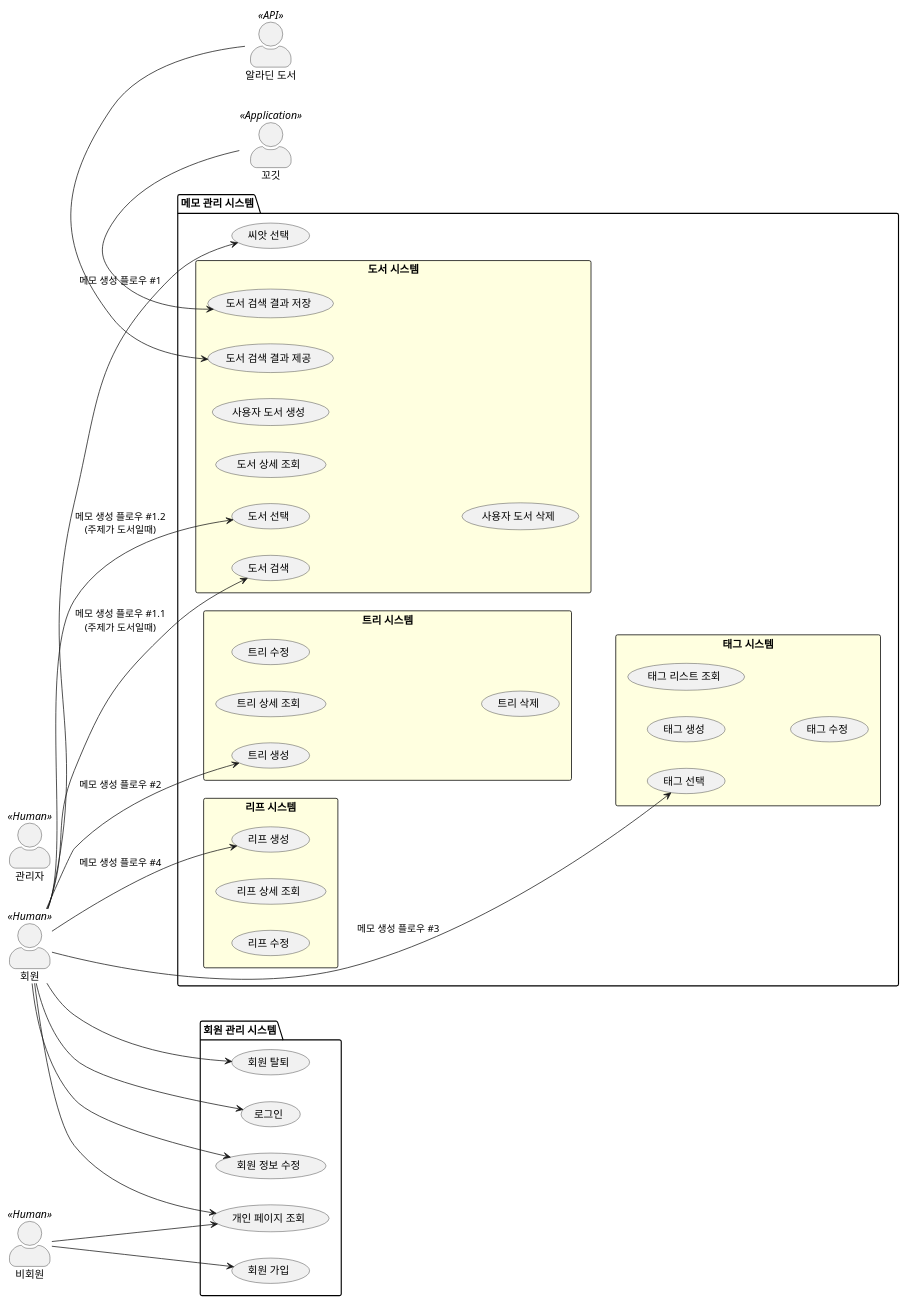
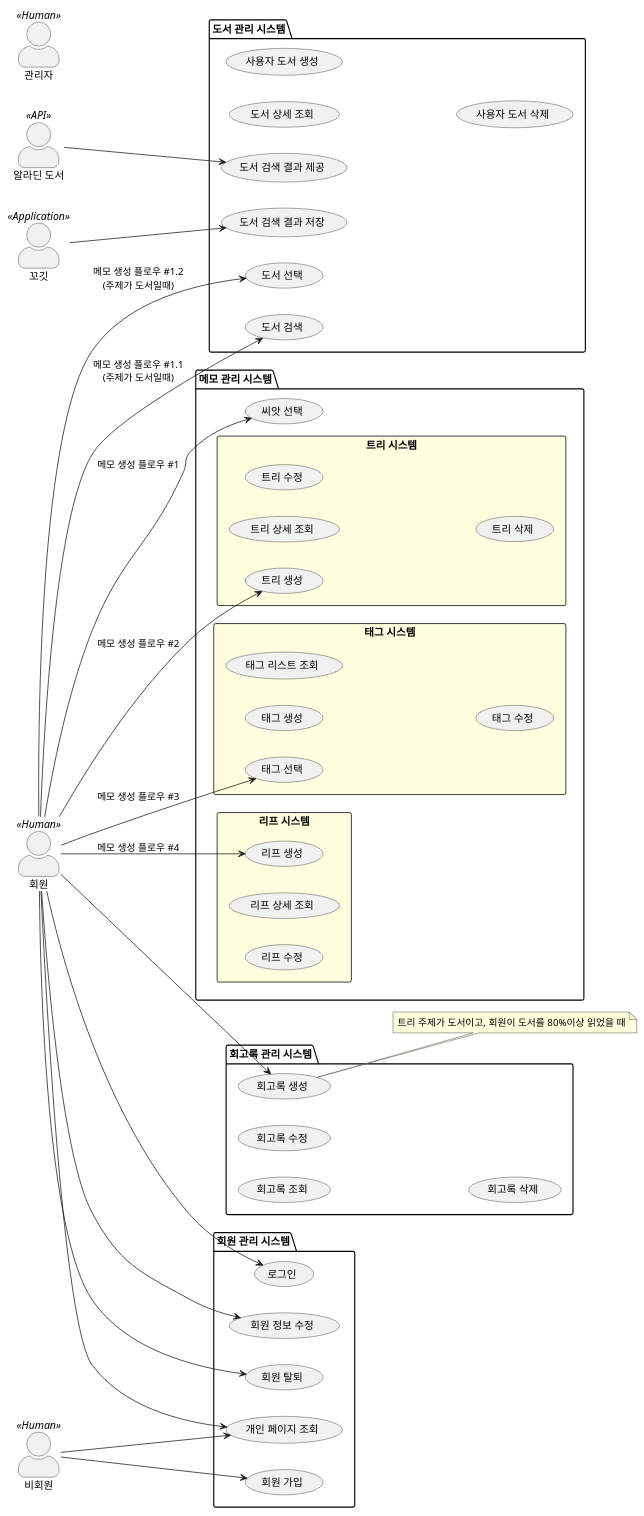
One commit to Jomalang/ggogit changed the diagram in docs/유즈케이스/유즈케이스.md. Above: the diagram before and after it, drawn with PlantUML.

Commit message:
Docs: [문서] #344 유즈케이스 문서 회고록관리 시스템, 도서관리 시스템 추가

````diff
--- a/docs/유즈케이스/유즈케이스.md
+++ b/docs/유즈케이스/유즈케이스.md
@@ -20,18 +20,19 @@
 :알라딘 도서: as aladin <<API>>
 :관리자: as admin <<Human>>
 :꼬깃: as ggogit <<Application>>
-package "메모 관리 시스템" {
-    (씨앗 선택) as pickSeed
-    
-    rectangle "도서 시스템" {
-        (도서 선택) as pickBook
+package "도서 관리 시스템" {
+(도서 선택) as pickBook
         (도서 검색) as searchBook
         (도서 상세 조회) as readBook
         (도서 검색 결과 제공) as provideSearchResult
         (도서 검색 결과 저장) as saveSearchResult
         (사용자 도서 생성) as createBook
         (사용자 도서 삭제) as deleteBook
-    }
+}
+
+package "메모 관리 시스템" {
+    (씨앗 선택) as pickSeed
+    
     rectangle "트리 시스템"{
         (트리 생성) as createTree
         (트리 상세 조회) as readTree
@@ -58,6 +59,13 @@
     (회원 탈퇴) as deleteUserInfo
     (개인 페이지 조회) as readUserPage
  }
+ package "회고록 관리 시스템" {
+    (회고록 생성) as createMemoir 
+    (회고록 조회) as readMemoir
+    (회고록 수정) as updateMemoir
+    (회고록 삭제) as deleteMemoir
+  }
+'회원관리 시스템
     nonUser --> signUp 
     nonUser --> readUserPage
     
@@ -66,15 +74,24 @@
     user --> deleteUserInfo
     user --> readUserPage
     
-    ggogit -left-> saveSearchResult
-    aladin -left-> provideSearchResult
+'회고록 관리 시스템
+    user --> createMemoir
+    note right of createMemoir
+        트리 주제가 도서이고, 회원이 도서를 80%이상 읽었을 때
+    end note
     
+'도서 관리 시스템
+    ggogit --> saveSearchResult
+    aladin --> provideSearchResult
+
+'메모관리 시스템
     user --> pickSeed : 메모 생성 플로우 #1
     user --> searchBook : 메모 생성 플로우 #1.1\n(주제가 도서일때)
     user --> pickBook : 메모 생성 플로우 #1.2\n(주제가 도서일때)
     user --> createTree : 메모 생성 플로우 #2
     user --> pickTag : 메모 생성 플로우 #3
     user --> createLeaf : 메모 생성 플로우 #4
+  
    
 @enduml
 ```
````
